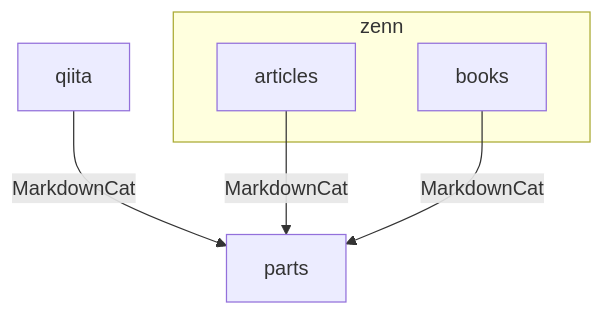
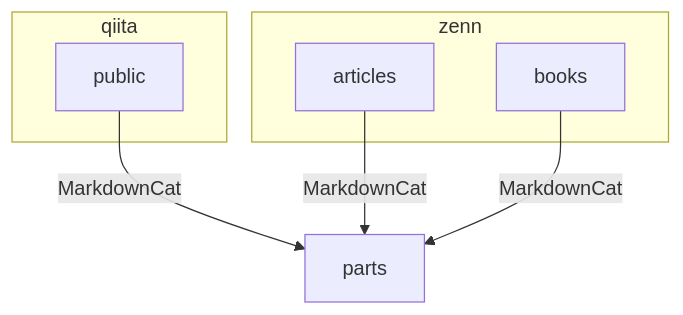
One commit to mitsuoka0423/notes changed the diagram in README.md. Above: the diagram before and after it, drawn with Mermaid. The commit also changed other lines of this file, not shown here.

````diff
--- a/README.md
+++ b/README.md
@@ -25,13 +15,15 @@
 ```mermaid
 graph
-  qiita
+  subgraph qiita
+    public
+  end
   subgraph zenn
     articles
     books
   end
   parts
 
-  qiita -->|MarkdownCat| parts
+  public -->|MarkdownCat| parts
   articles -->|MarkdownCat| parts
   books -->|MarkdownCat| parts
 ```
````
